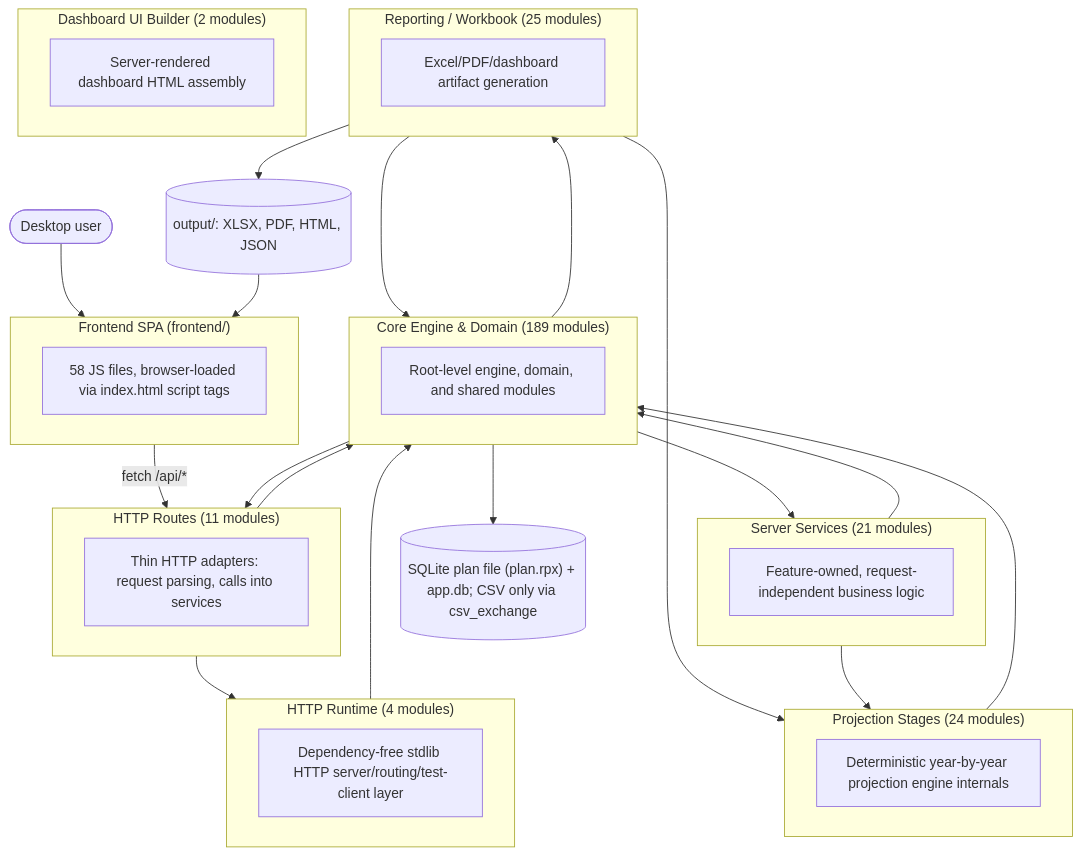
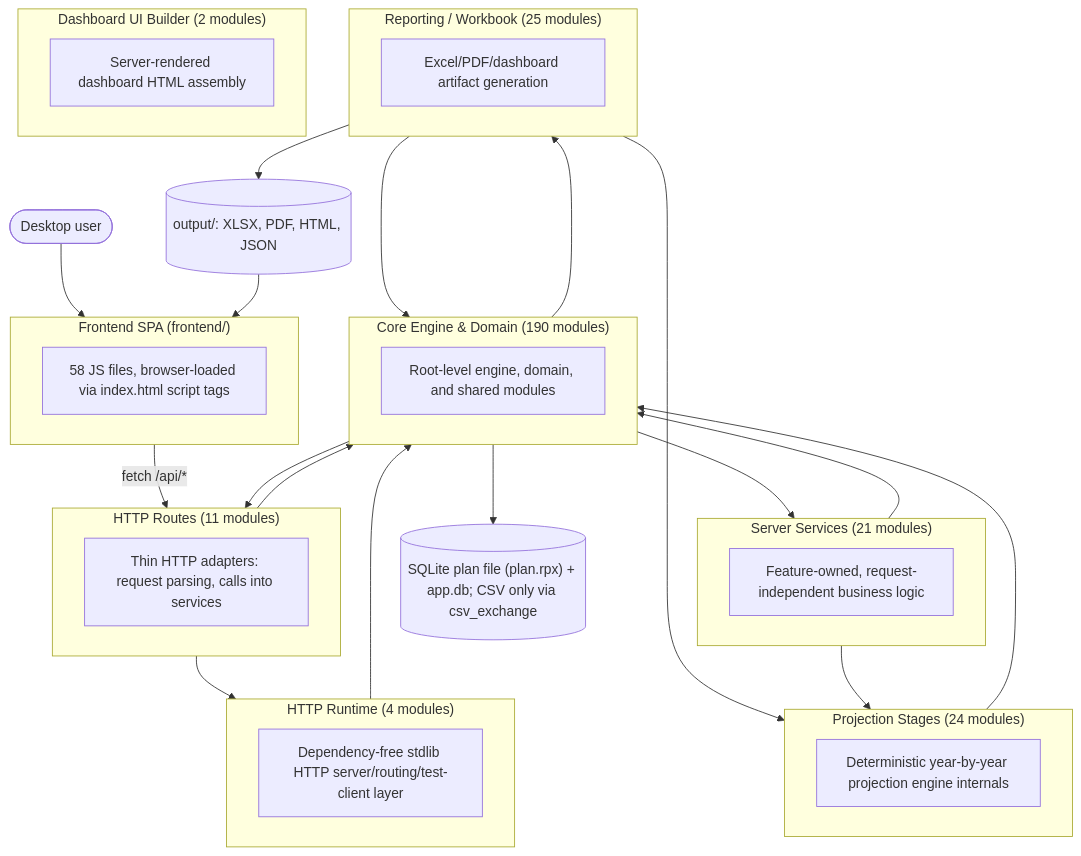
One commit to matthartzman/retirement_system changed the first of 2 diagrams in documentation/reference/SYSTEM_ARCHITECTURE_DIAGRAM.md. Above: the diagram before and after it, drawn with Mermaid. The commit also changed other lines of this file and 3 other files, not shown here.

````diff
--- a/documentation/reference/SYSTEM_ARCHITECTURE_DIAGRAM.md
+++ b/documentation/reference/SYSTEM_ARCHITECTURE_DIAGRAM.md
@@ -11,43 +11,43 @@
 ```mermaid
 flowchart TB
     User(["Desktop user"]) --> FE
     subgraph FE["Frontend SPA (frontend/)"]
         FEcount["58 JS files, browser-loaded via index.html script tags"]
     end
     FE -->|fetch /api/*| L_HTTP_Routes
     subgraph L_HTTP_Routes["HTTP Routes (11 modules)"]
         L_HTTP_Routes_d["Thin HTTP adapters: request parsing, calls into services"]
     end
     subgraph L_Server_Services["Server Services (21 modules)"]
         L_Server_Services_d["Feature-owned, request-independent business logic"]
     end
     subgraph L_HTTP_Runtime["HTTP Runtime (4 modules)"]
         L_HTTP_Runtime_d["Dependency-free stdlib HTTP server/routing/test-client layer"]
     end
-    subgraph L_Core_Engine___Domain["Core Engine & Domain (189 modules)"]
+    subgraph L_Core_Engine___Domain["Core Engine & Domain (190 modules)"]
         L_Core_Engine___Domain_d["Root-level engine, domain, and shared modules"]
     end
     subgraph L_Projection_Stages["Projection Stages (24 modules)"]
         L_Projection_Stages_d["Deterministic year-by-year projection engine internals"]
     end
     subgraph L_Reporting___Workbook["Reporting / Workbook (25 modules)"]
         L_Reporting___Workbook_d["Excel/PDF/dashboard artifact generation"]
     end
     subgraph L_Dashboard_UI_Builder["Dashboard UI Builder (2 modules)"]
         L_Dashboard_UI_Builder_d["Server-rendered dashboard HTML assembly"]
     end
     L_Core_Engine___Domain --> L_HTTP_Routes
     L_Core_Engine___Domain --> L_Reporting___Workbook
     L_Core_Engine___Domain --> L_Server_Services
     L_HTTP_Routes --> L_Core_Engine___Domain
     L_HTTP_Routes --> L_HTTP_Runtime
     L_HTTP_Runtime --> L_Core_Engine___Domain
     L_Projection_Stages --> L_Core_Engine___Domain
     L_Reporting___Workbook --> L_Core_Engine___Domain
     L_Reporting___Workbook --> L_Projection_Stages
     L_Server_Services --> L_Core_Engine___Domain
     L_Server_Services --> L_Projection_Stages
     L_Core_Engine___Domain --> DB[("SQLite plan file (plan.rpx) + app.db; CSV only via csv_exchange")]
     L_Reporting___Workbook --> Outputs[("output/: XLSX, PDF, HTML, JSON")]
     Outputs --> FE
 ```
````
